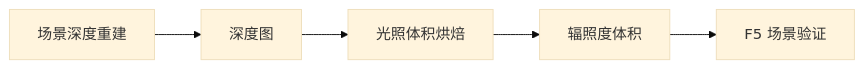
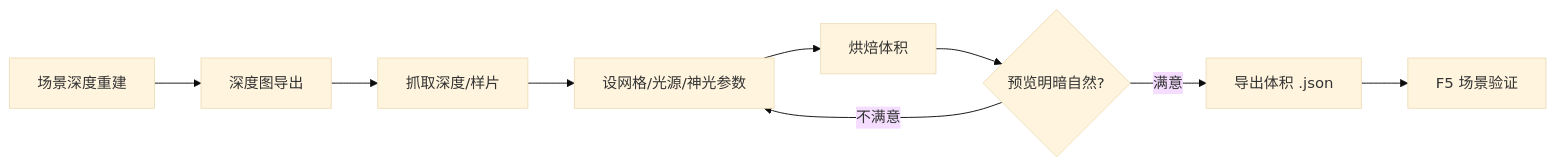
The diagram in docs/editors/render-domain/lightvolume-lab.md (wubugui/GDoc), drawn with Mermaid (base theme) before and after one commit. The commit also changed other lines of this file and 112 other files, not shown here.

````diff
--- a/docs/editors/render-domain/lightvolume-lab.md
+++ b/docs/editors/render-domain/lightvolume-lab.md
@@ -86,7 +36,11 @@
 ```mermaid
 flowchart LR
-  SD[场景深度重建] --> DEPTH[深度图]
-  DEPTH --> LV[光照体积烘焙]
-  LV --> VOL[辐照度体积]
-  VOL --> GAME[F5 场景验证]
+  SD[场景深度重建] --> DEPTH[深度图导出]
+  DEPTH --> GRAB[抓取深度/样片]
+  GRAB --> PARAM[设网格/光源/神光参数]
+  PARAM --> BAKE[烘焙体积]
+  BAKE --> CHECK{预览明暗自然?}
+  CHECK -- 不满意 --> PARAM
+  CHECK -- 满意 --> EXPORT[导出体积 .json]
+  EXPORT --> GAME[F5 场景验证]
 ```
````
